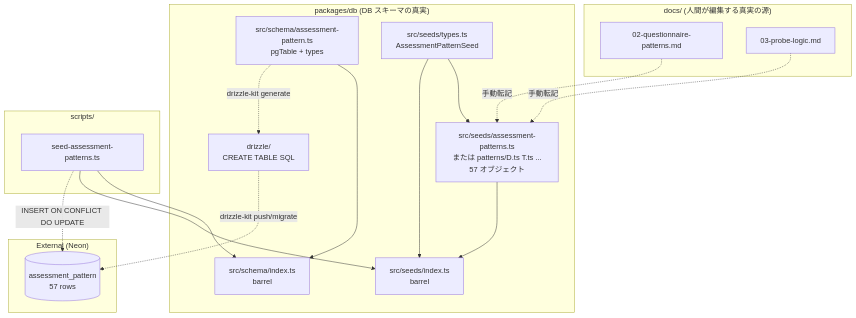
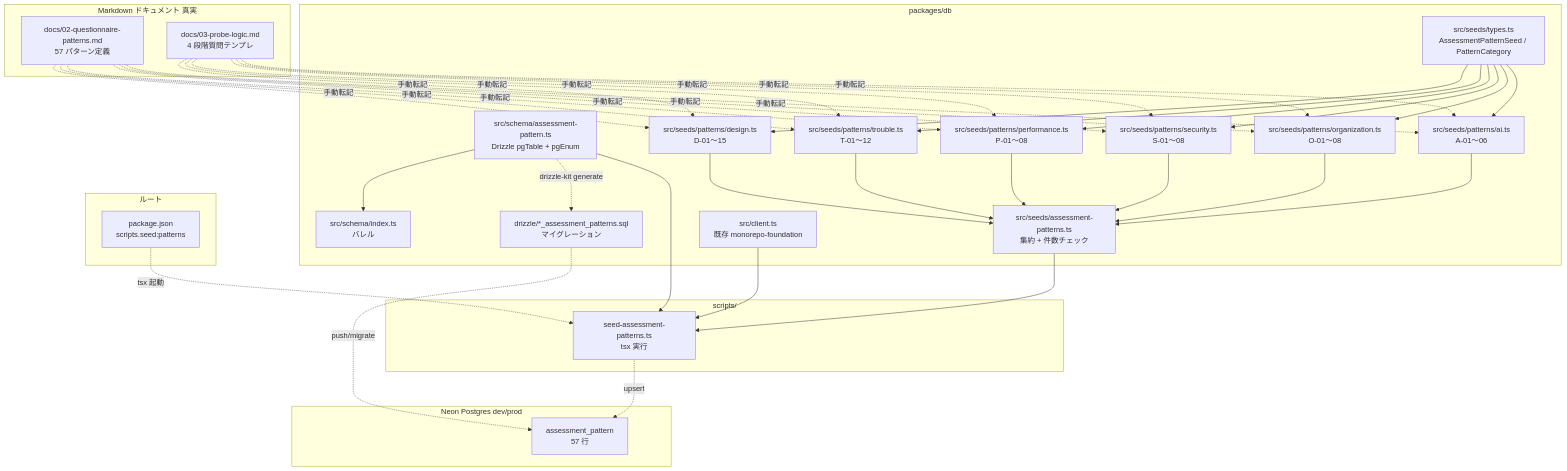
One commit to nonnta-ww/bulr-app-mvp changed the first of 3 diagrams in .kiro/specs/assessment-pattern-seed/design.md. Above: the diagram before and after it, drawn with Mermaid. The commit also changed other lines of this file and 39 other files, not shown here.

````diff
--- a/.kiro/specs/assessment-pattern-seed/design.md
+++ b/.kiro/specs/assessment-pattern-seed/design.md
@@ -78,36 +116,72 @@
 ```mermaid
 graph TB
-    subgraph Docs["docs/ (人間が編集する真実の源)"]
-        Md02[02-questionnaire-patterns.md]
-        Md03[03-probe-logic.md]
+    subgraph Docs[Markdown ドキュメント 真実]
+        Pat[docs/02-questionnaire-patterns.md<br/>57 パターン定義]
+        Probe[docs/03-probe-logic.md<br/>4 段階質問テンプレ]
     end
 
-    subgraph Pkg["packages/db (DB スキーマの真実)"]
-        SchemaIdx[src/schema/index.ts<br/>barrel]
-        SchemaPattern[src/schema/assessment-pattern.ts<br/>pgTable + types]
-        SeedTypes[src/seeds/types.ts<br/>AssessmentPatternSeed]
-        SeedData[src/seeds/assessment-patterns.ts<br/>または patterns/D.ts T.ts ...<br/>57 オブジェクト]
-        SeedIdx[src/seeds/index.ts<br/>barrel]
-        Migration[drizzle/<br/>CREATE TABLE SQL]
+    subgraph DbPkg[packages/db]
+        Schema[src/schema/assessment-pattern.ts<br/>Drizzle pgTable + pgEnum]
+        SchemaIdx[src/schema/index.ts<br/>バレル]
+        Mig[drizzle/*_assessment_patterns.sql<br/>マイグレーション]
+
+        Types[src/seeds/types.ts<br/>AssessmentPatternSeed / PatternCategory]
+        SeedDesign[src/seeds/patterns/design.ts<br/>D-01〜15]
+        SeedTrouble[src/seeds/patterns/trouble.ts<br/>T-01〜12]
+        SeedPerf[src/seeds/patterns/performance.ts<br/>P-01〜08]
+        SeedSec[src/seeds/patterns/security.ts<br/>S-01〜08]
+        SeedOrg[src/seeds/patterns/organization.ts<br/>O-01〜08]
+        SeedAi[src/seeds/patterns/ai.ts<br/>A-01〜06]
+        SeedIdx[src/seeds/assessment-patterns.ts<br/>集約 + 件数チェック]
+
+        Client[src/client.ts<br/>既存 monorepo-foundation]
     end
 
-    subgraph Scripts["scripts/"]
-        SeedScript[seed-assessment-patterns.ts]
+    subgraph Scripts[scripts/]
+        Script[seed-assessment-patterns.ts<br/>tsx 実行]
     end
 
-    subgraph Infra["External (Neon)"]
-        Db[(assessment_pattern<br/>57 rows)]
+    subgraph Root[ルート]
+        Pkg[package.json<br/>scripts.seed:patterns]
     end
 
-    Md02 -. 手動転記 .-> SeedData
-    Md03 -. 手動転記 .-> SeedData
-    SchemaPattern --> SchemaIdx
-    SeedTypes --> SeedData
-    SeedTypes --> SeedIdx
-    SeedData --> SeedIdx
-    SchemaPattern -. drizzle-kit generate .-> Migration
-    Migration -. drizzle-kit push/migrate .-> Db
-    SeedScript --> SchemaIdx
-    SeedScript --> SeedIdx
-    SeedScript -. INSERT ON CONFLICT DO UPDATE .-> Db
+    subgraph Db[Neon Postgres dev/prod]
+        Tbl[assessment_pattern<br/>57 行]
+    end
+
+    Pat -.手動転記.-> SeedDesign
+    Pat -.手動転記.-> SeedTrouble
+    Pat -.手動転記.-> SeedPerf
+    Pat -.手動転記.-> SeedSec
+    Pat -.手動転記.-> SeedOrg
+    Pat -.手動転記.-> SeedAi
+    Probe -.手動転記.-> SeedDesign
+    Probe -.手動転記.-> SeedTrouble
+    Probe -.手動転記.-> SeedPerf
+    Probe -.手動転記.-> SeedSec
+    Probe -.手動転記.-> SeedOrg
+    Probe -.手動転記.-> SeedAi
+
+    Schema --> SchemaIdx
+    Schema -.drizzle-kit generate.-> Mig
+    Mig -.push/migrate.-> Tbl
+
+    Types --> SeedDesign
+    Types --> SeedTrouble
+    Types --> SeedPerf
+    Types --> SeedSec
+    Types --> SeedOrg
+    Types --> SeedAi
+    SeedDesign --> SeedIdx
+    SeedTrouble --> SeedIdx
+    SeedPerf --> SeedIdx
+    SeedSec --> SeedIdx
+    SeedOrg --> SeedIdx
+    SeedAi --> SeedIdx
+
+    SeedIdx --> Script
+    Schema --> Script
+    Client --> Script
+    Pkg -.tsx 起動.-> Script
+    Script -.upsert.-> Tbl
 ```
````
